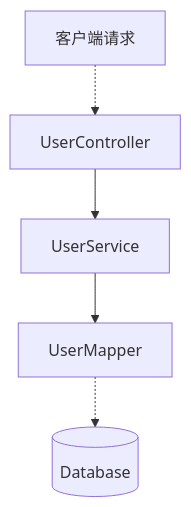
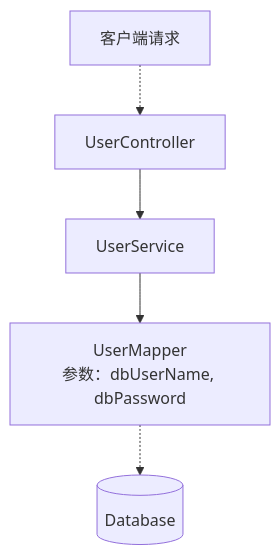
One commit to h13-0/Notebooks changed the diagram in 前后端编程/SSM框架/SpringFramework/Spring Framework基础.md. Above: the diagram before and after it, drawn with Mermaid. The commit also changed other lines of this file and 1 other file, not shown here.

````diff
--- a/前后端编程/SSM框架/SpringFramework/Spring Framework基础.md
+++ b/前后端编程/SSM框架/SpringFramework/Spring Framework基础.md
@@ -153,7 +153,7 @@
 ```mermaid
 flowchart TB
 	A[客户端请求] -.-> B[UserController]
 	B --> C[UserService]
-	C --> D[UserMapper]
+	C --> D[UserMapper<br>参数：dbUserName, dbPassword]
 	D -.-> E[(Database)]
 ```
````
